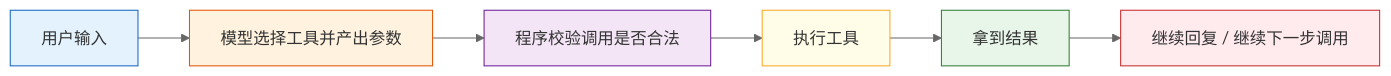
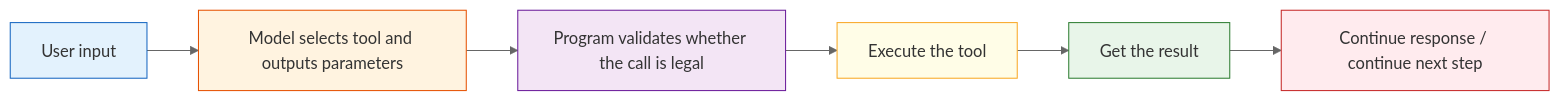
The diagram in docs/ch09-agent/ch03-tools/01-function-calling-deep.md (oudbiao/AI-fullstack-course), drawn with Mermaid (neutral theme) before and after one commit. The commit also changed other lines of this file and 1406 other files, not shown here.

````diff
--- a/docs/ch09-agent/ch03-tools/01-function-calling-deep.md
+++ b/docs/ch09-agent/ch03-tools/01-function-calling-deep.md
@@ -58,15 +58,15 @@
 ```mermaid
 flowchart LR
-    A["用户输入"] --> B["模型选择工具并产出参数"]
-    B --> C["程序校验调用是否合法"]
-    C --> D["执行工具"]
-    D --> E["拿到结果"]
-    E --> F["继续回复 / 继续下一步调用"]
+    A["User input"] --> B["Model selects tool and outputs parameters"]
+    B --> C["Program validates whether the call is legal"]
+    C --> D["Execute the tool"]
+    D --> E["Get the result"]
+    E --> F["Continue response / continue next step"]
 
     style A fill:#e3f2fd,stroke:#1565c0,color:#333
     style B fill:#fff3e0,stroke:#e65100,color:#333
     style C fill:#f3e5f5,stroke:#6a1b9a,color:#333
     style D fill:#fffde7,stroke:#f9a825,color:#333
     style E fill:#e8f5e9,stroke:#2e7d32,color:#333
     style F fill:#ffebee,stroke:#c62828,color:#333
 ```
````
